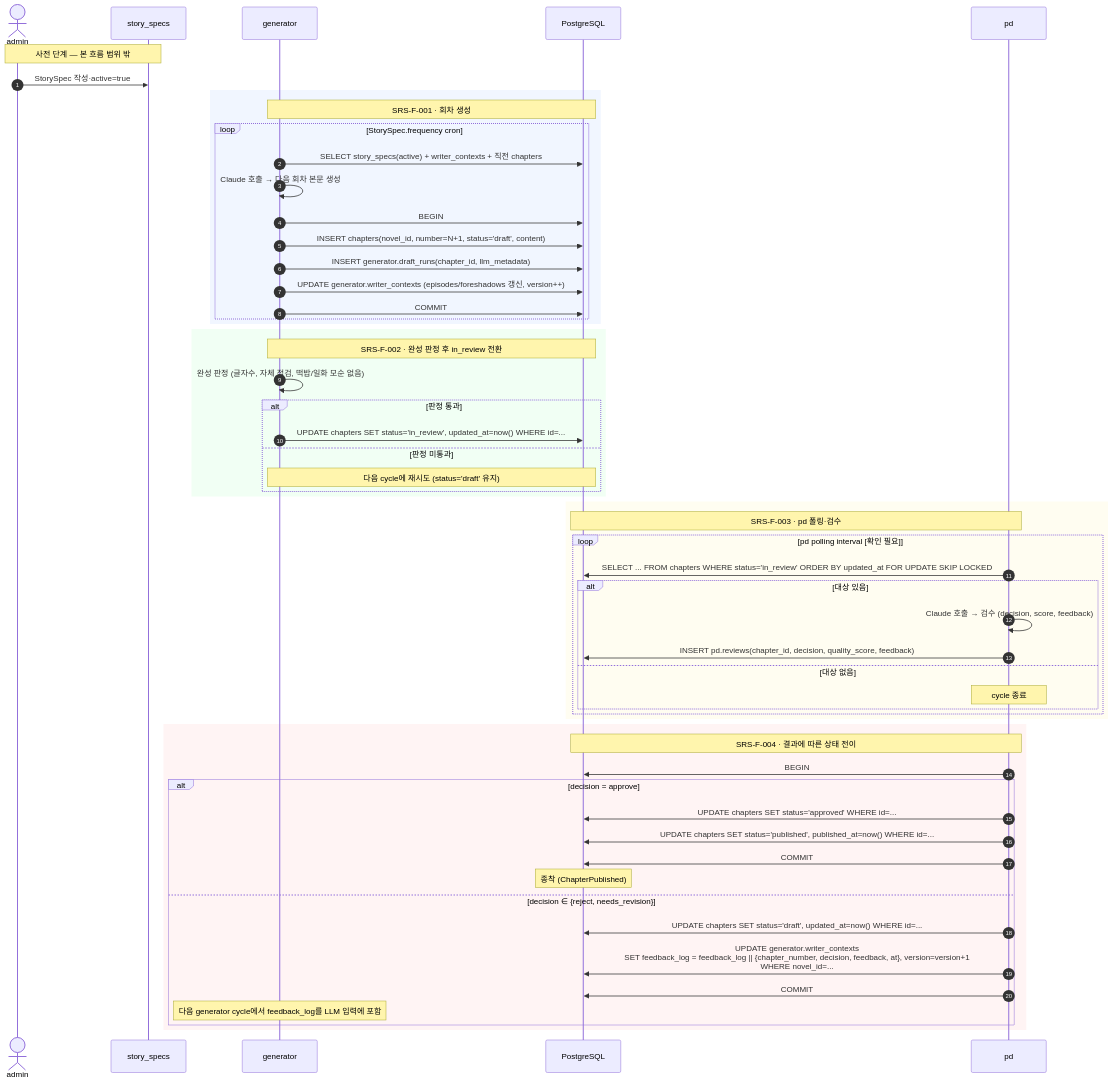
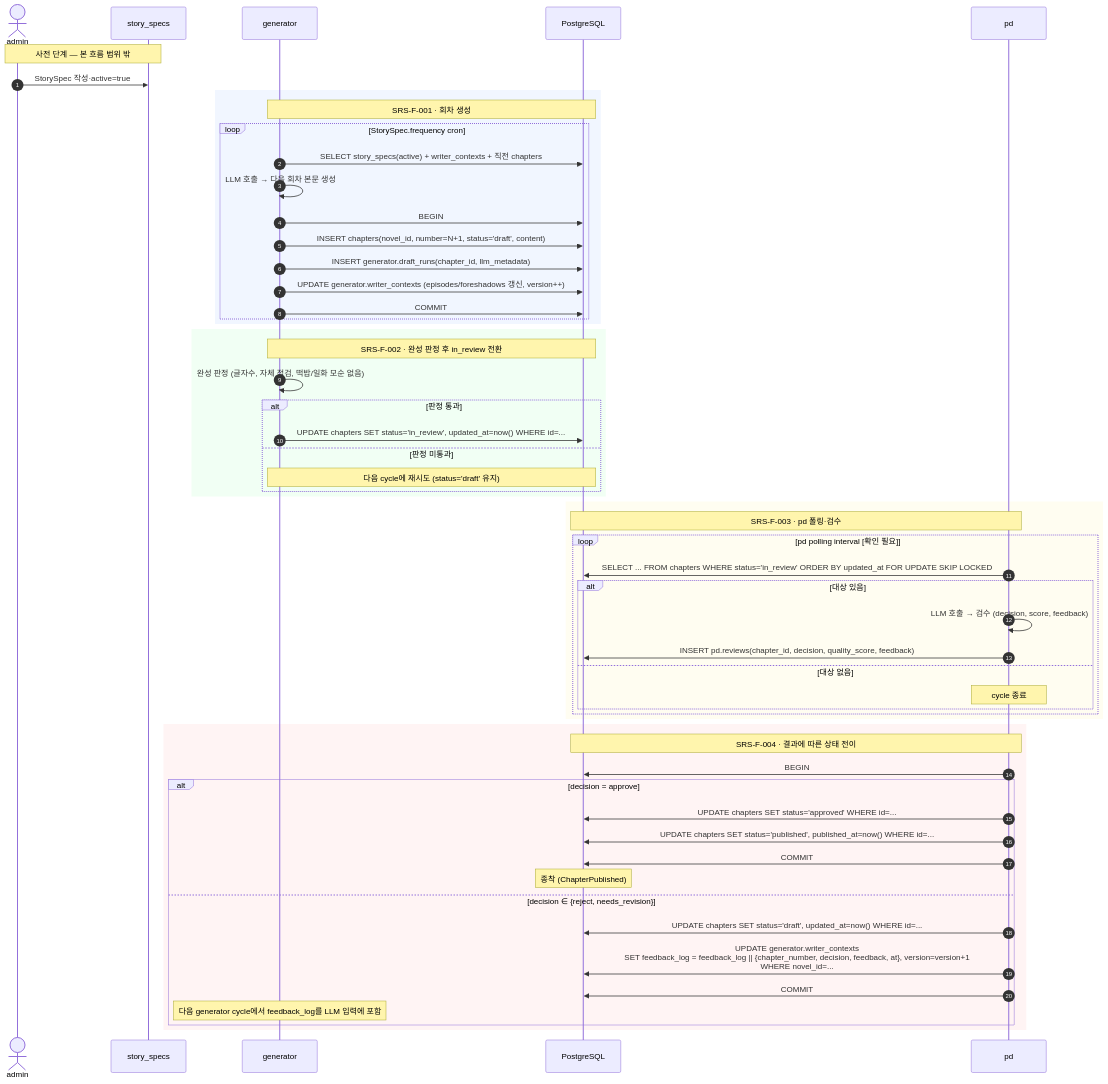
The diagram in docs/Flow-Chapter-Lifecycle.md (rlawogh1005/auto-web-novel-meta), drawn with Mermaid before and after one commit. The commit also changed other lines of this file and 4 other files, not shown here.

````diff
--- a/docs/Flow-Chapter-Lifecycle.md
+++ b/docs/Flow-Chapter-Lifecycle.md
@@ -40,64 +40,64 @@
 ```mermaid
 sequenceDiagram
   autonumber
   actor A as admin
   participant SS as story_specs
   participant G as generator
   participant DB as PostgreSQL
   participant P as pd
 
   Note over A,SS: 사전 단계 — 본 흐름 범위 밖
   A->>SS: StorySpec 작성·active=true
 
   rect rgba(200,220,255,0.25)
   Note over G,DB: SRS-F-001 · 회차 생성
   loop StorySpec.frequency cron
     G->>DB: SELECT story_specs(active) + writer_contexts + 직전 chapters
-    G->>G: Claude 호출 → 다음 회차 본문 생성
+    G->>G: LLM 호출 → 다음 회차 본문 생성
     G->>DB: BEGIN
     G->>DB: INSERT chapters(novel_id, number=N+1, status='draft', content)
     G->>DB: INSERT generator.draft_runs(chapter_id, llm_metadata)
     G->>DB: UPDATE generator.writer_contexts (episodes/foreshadows 갱신, version++)
     G->>DB: COMMIT
   end
   end
 
   rect rgba(200,255,210,0.25)
   Note over G,DB: SRS-F-002 · 완성 판정 후 in_review 전환
   G->>G: 완성 판정 (글자수, 자체 점검, 떡밥/일화 모순 없음)
   alt 판정 통과
     G->>DB: UPDATE chapters SET status='in_review', updated_at=now() WHERE id=...
   else 판정 미통과
     Note over G,DB: 다음 cycle에 재시도 (status='draft' 유지)
   end
   end
 
   rect rgba(255,245,200,0.25)
   Note over P,DB: SRS-F-003 · pd 폴링·검수
   loop pd polling interval [확인 필요]
     P->>DB: SELECT ... FROM chapters WHERE status='in_review' ORDER BY updated_at FOR UPDATE SKIP LOCKED
     alt 대상 있음
-      P->>P: Claude 호출 → 검수 (decision, score, feedback)
+      P->>P: LLM 호출 → 검수 (decision, score, feedback)
       P->>DB: INSERT pd.reviews(chapter_id, decision, quality_score, feedback)
     else 대상 없음
       Note over P: cycle 종료
     end
   end
   end
 
   rect rgba(255,210,210,0.25)
   Note over P,DB: SRS-F-004 · 결과에 따른 상태 전이
   P->>DB: BEGIN
   alt decision = approve
     P->>DB: UPDATE chapters SET status='approved' WHERE id=...
     P->>DB: UPDATE chapters SET status='published', published_at=now() WHERE id=...
     P->>DB: COMMIT
     Note over DB: 종착 (ChapterPublished)
   else decision ∈ {reject, needs_revision}
     P->>DB: UPDATE chapters SET status='draft', updated_at=now() WHERE id=...
     P->>DB: UPDATE generator.writer_contexts<br/>SET feedback_log = feedback_log || {chapter_number, decision, feedback, at}, version=version+1<br/>WHERE novel_id=...
     P->>DB: COMMIT
     Note over G: 다음 generator cycle에서 feedback_log를 LLM 입력에 포함
   end
   end
 ```
````
